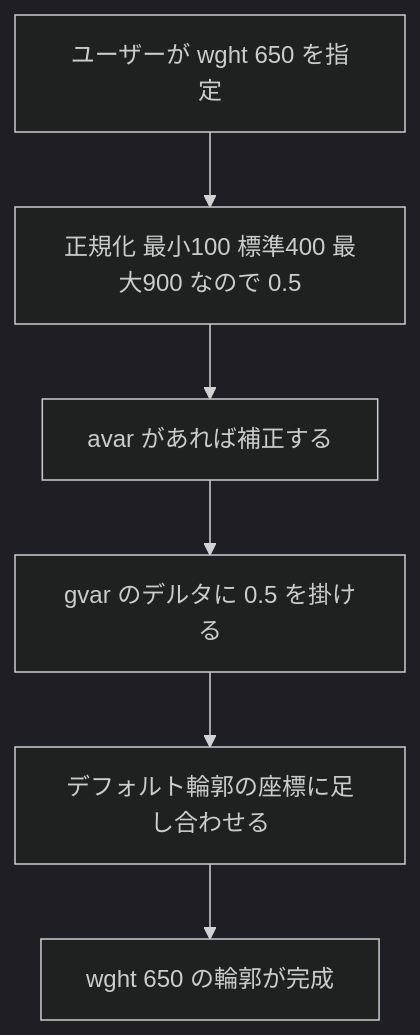
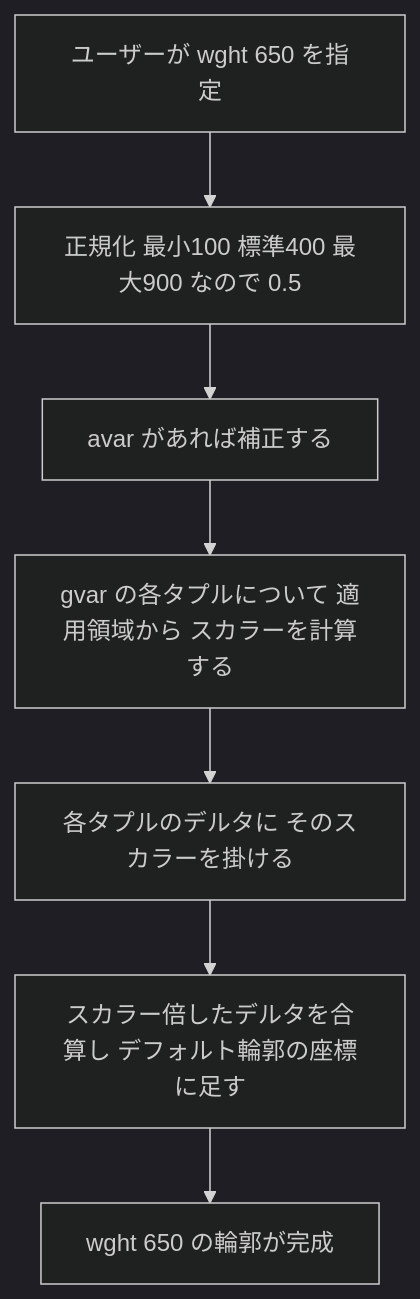
The eighth of 11 diagrams in Iso-iec-14496-22-2026-beginner-guide.md (myoshi2891/Quality-Assurance-Studies), drawn with Mermaid (dark theme) before and after one commit. The commit also changed other lines of this file and 3 other files, not shown here.

````diff
--- a/Iso-iec-14496-22-2026-beginner-guide.md
+++ b/Iso-iec-14496-22-2026-beginner-guide.md
@@ -554,8 +558,9 @@
 ```mermaid
 flowchart TD
     USER["ユーザーが wght 650 を指定"] --> NORM["正規化 最小100 標準400 最大900 なので 0.5"]
     NORM --> AVAR["avar があれば補正する"]
-    AVAR --> DELTA["gvar のデルタに 0.5 を掛ける"]
-    DELTA --> ADD["デフォルト輪郭の座標に足し合わせる"]
+    AVAR --> SCALAR["gvar の各タプルについて 適用領域から スカラーを計算する"]
+    SCALAR --> DELTA["各タプルのデルタに そのスカラーを掛ける"]
+    DELTA --> ADD["スカラー倍したデルタを合算し デフォルト輪郭の座標に足す"]
     ADD --> OUT["wght 650 の輪郭が完成"]
 ```
````
